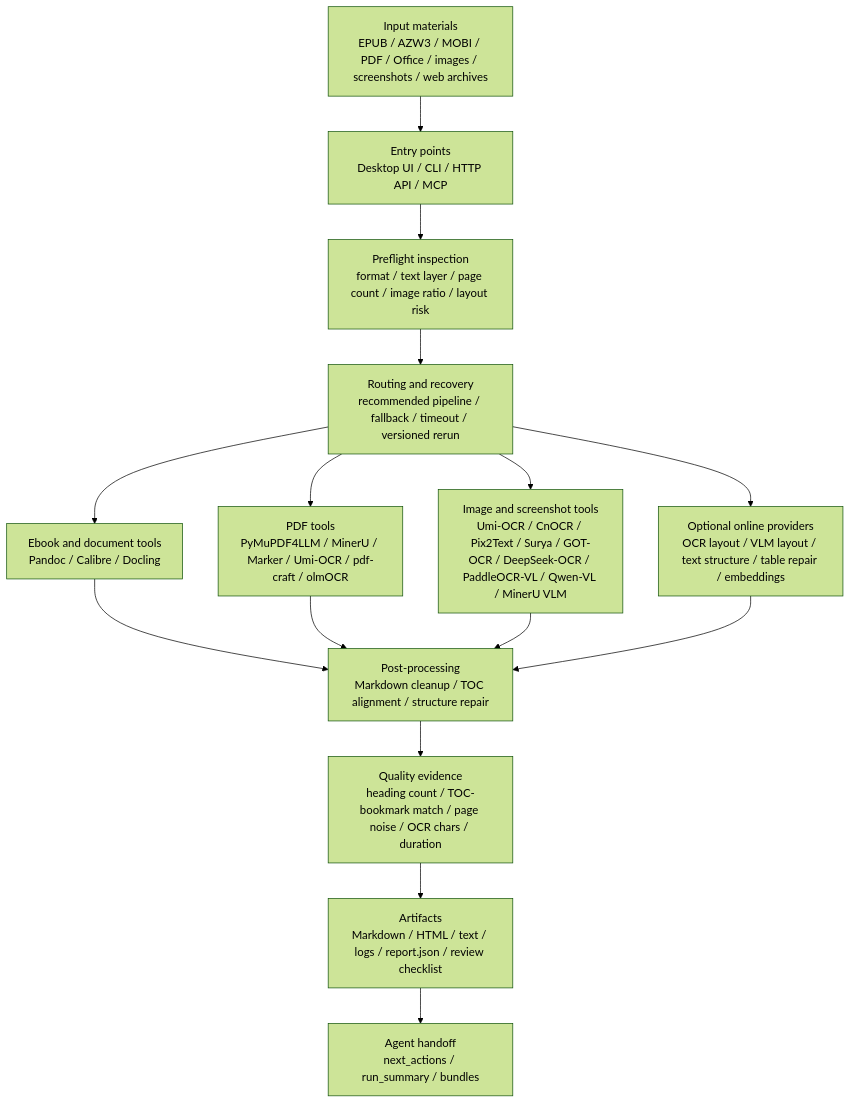
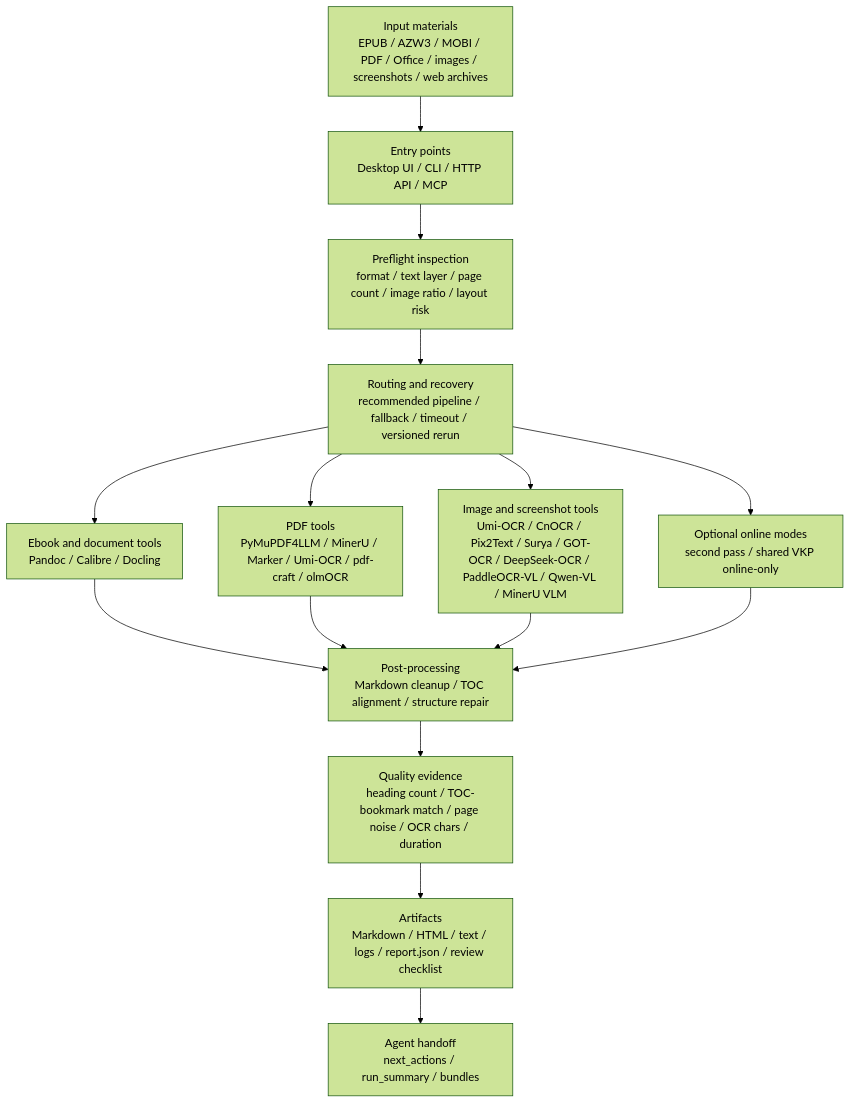
One commit to lightcoloror/ebook-markdown-pipeline changed the diagram in docs/ARCHITECTURE_DIAGRAM.md. Above: the diagram before and after it, drawn with Mermaid (forest theme). The commit also changed other lines of this file and 41 other files, not shown here.

Commit message:
feat: add shared online-only document pipeline

````diff
--- a/docs/ARCHITECTURE_DIAGRAM.md
+++ b/docs/ARCHITECTURE_DIAGRAM.md
@@ -7,24 +9,24 @@
 ```mermaid
 flowchart TD
     input["Input materials\nEPUB / AZW3 / MOBI / PDF / Office / images / screenshots / web archives"]
     entry["Entry points\nDesktop UI / CLI / HTTP API / MCP"]
     inspect["Preflight inspection\nformat / text layer / page count / image ratio / layout risk"]
     route["Routing and recovery\nrecommended pipeline / fallback / timeout / versioned rerun"]
 
     ebook["Ebook and document tools\nPandoc / Calibre / Docling"]
     pdf["PDF tools\nPyMuPDF4LLM / MinerU / Marker / Umi-OCR / pdf-craft / olmOCR"]
     image["Image and screenshot tools\nUmi-OCR / CnOCR / Pix2Text / Surya / GOT-OCR / DeepSeek-OCR / PaddleOCR-VL / Qwen-VL / MinerU VLM"]
-    online["Optional online providers\nOCR layout / VLM layout / text structure / table repair / embeddings"]
+    online["Optional online modes\nsecond pass / shared VKP online-only"]
 
     normalize["Post-processing\nMarkdown cleanup / TOC alignment / structure repair"]
     quality["Quality evidence\nheading count / TOC-bookmark match / page noise / OCR chars / duration"]
     output["Artifacts\nMarkdown / HTML / text / logs / report.json / review checklist"]
     agent["Agent handoff\nnext_actions / run_summary / bundles"]
 
     input --> entry --> inspect --> route
     route --> ebook --> normalize
     route --> pdf --> normalize
     route --> image --> normalize
     route --> online --> normalize
     normalize --> quality --> output --> agent
 ```
````
